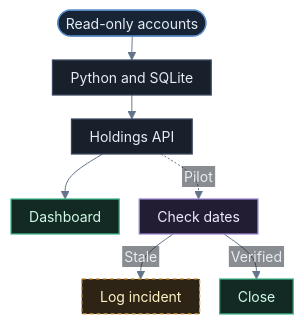
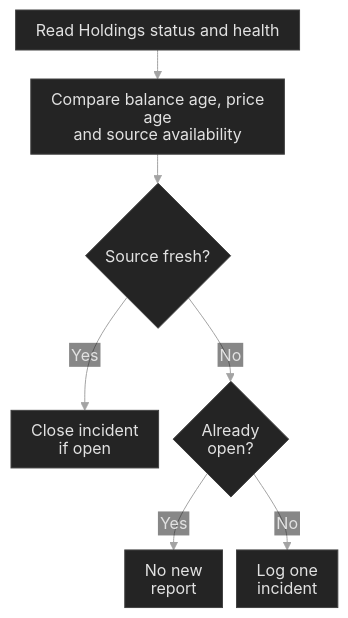
Before and after one commit to kazuall/finance-process-portfolio: the diagram in diagrams/holdings-compact.mmd, drawn with Mermaid. The commit also changed 20 other files, not shown here.

```diff
--- a/diagrams/holdings-compact.mmd
+++ b/diagrams/holdings-compact.mmd
@@ -1,37 +1,35 @@
 ---
 config:
   theme: base
   htmlLabels: false
   themeVariables:
     darkMode: true
-    background: transparent
+    background: '#101010'
     fontFamily: 'Inter, -apple-system, BlinkMacSystemFont, Segoe UI, sans-serif'
-    fontSize: '14px'
-    primaryTextColor: '#e6edf3'
-    lineColor: '#64748b'
-    textColor: '#e6edf3'
-    edgeLabelBackground: '#141a24'
-    clusterBkg: '#141a24'
-    clusterBorder: '#303d52'
+    fontSize: '16px'
+    primaryColor: '#242424'
+    primaryTextColor: '#e2e2e2'
+    primaryBorderColor: '#434343'
+    lineColor: '#a3a3a3'
+    edgeLabelBackground: '#101010'
+    textColor: '#cdcdcd'
   flowchart:
     htmlLabels: false
     useMaxWidth: false
-    nodeSpacing: 20
-    rankSpacing: 24
-    padding: 9
-    diagramPadding: 10
+    nodeSpacing: 14
+    rankSpacing: 29
+    wrappingWidth: 245
+    padding: 10
+    diagramPadding: 5
     curve: basis
-  themeCSS: 'text{font-family: Inter, "Segoe UI", Arial, sans-serif;}.node rect.label-container{rx:8px;ry:8px}.cluster rect{rx:8px;ry:8px}.edgeLabel .labelBkg{fill:#141a24 !important}.edgeLabel text{fill:#c5d2e4 !important}.cluster-label text{fill:#c5d2e4 !important;font-weight:600}'
+  themeCSS: 'text,tspan{font-family:system-ui,sans-serif!important}.node rect.label-container{rx:3px;ry:3px}.node rect,.node polygon,.flowchart-link{stroke-width:1px!important}.edgeLabel .labelBkg{fill:#101010!important;opacity:1!important}.edgeLabel text{fill:#c4c4c4!important}'
 ---
 flowchart TB
-  feeds(["Read-only accounts"]):::source --> collect["Python and SQLite"]:::process
-  collect --> api["Holdings API"]:::process
-  api --> dash["Dashboard"]:::output
-  api -. Pilot .-> fresh["Check dates"]:::check
-  fresh -->|Stale| inspect["Log incident"]:::human
-  fresh -->|Verified| close["Close"]:::output
-  classDef source fill:#162436,stroke:#5b8ec9,color:#e6edf3,stroke-width:1.25px
-  classDef process fill:#18202c,stroke:#3b4960,color:#e6edf3,stroke-width:1.25px
-  classDef check fill:#231d33,stroke:#9b87d4,color:#ede9fe,stroke-width:1.25px
-  classDef human fill:#2e2415,stroke:#d99b43,color:#fef3c7,stroke-width:1.25px,stroke-dasharray:4 3
-  classDef output fill:#132a24,stroke:#3fb98b,color:#d1fae5,stroke-width:1.25px
+  accTitle: Holdings freshness pilot
+  accDescr: A manual check reads Holdings status and source timestamps. A new incident produces one local report. Repeat observations are deduplicated. A healthy reading closes an open incident or leaves the log untouched.
+  api["Read Holdings status and health"] --> times["Compare balance age, price age<br/>and source availability"]
+  times --> state{"Source fresh?"}
+  state -->|Yes| close["Close incident<br/>if open"]
+  state -->|No| prior{"Already<br/>open?"}
+  prior -->|Yes| same["No new<br/>report"]
+  prior -->|No| log["Log one<br/>incident"]
```
